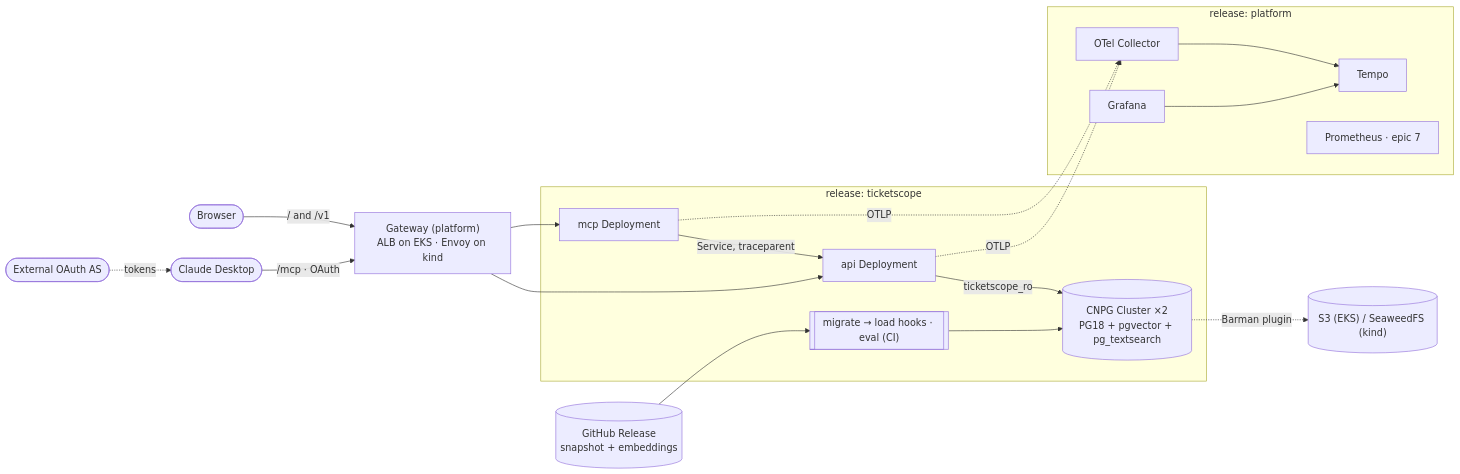
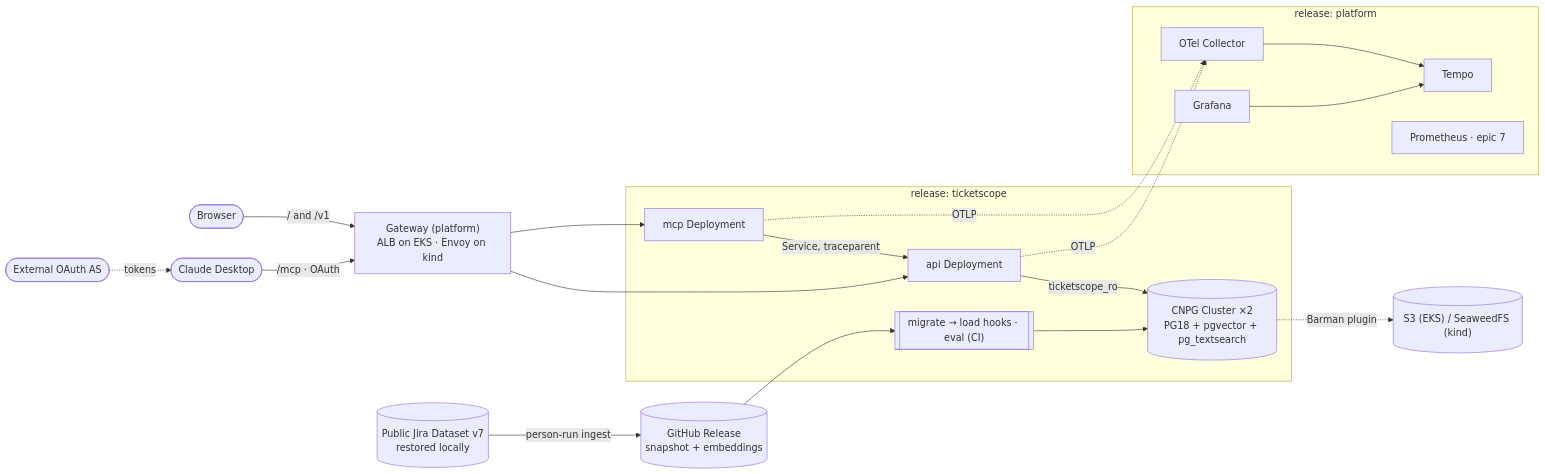
Before and after one commit to Dillon-Based/ticketscope: the third of 5 diagrams in _bmad-output/initiative-ticketscope/architecture-ticketscope/architecture-ticketscope.md, drawn with Mermaid. The commit also changed other lines of this file and 4 other files, not shown here.

````diff
--- a/_bmad-output/initiative-ticketscope/architecture-ticketscope/architecture-ticketscope.md
+++ b/_bmad-output/initiative-ticketscope/architecture-ticketscope/architecture-ticketscope.md
@@ -404,23 +434,24 @@
 ```mermaid
 flowchart LR
   user([Browser]) -->|"/ and /v1"| gw
   cd([Claude Desktop]) -->|"/mcp · OAuth"| gw
   oauth([External OAuth AS]) -.tokens.-> cd
   gw["Gateway (platform)<br/>ALB on EKS · Envoy on kind"] --> api & mcp
   subgraph rel_app[release: ticketscope]
     api[api Deployment]
     mcp[mcp Deployment] -->|"Service, traceparent"| api
     jobs[["migrate → load hooks · eval (CI)"]]
     pg[("CNPG Cluster ×2<br/>PG18 + pgvector + pg_textsearch")]
     api -->|ticketscope_ro| pg
     jobs --> pg
   end
   subgraph rel_plat[release: platform]
     otel[OTel Collector] --> tempo[Tempo]
     graf[Grafana] --> tempo
     prom["Prometheus · epic 7"]
   end
   api & mcp -.OTLP.-> otel
+  dump[("Public Jira Dataset v7<br/>restored locally")] -->|"person-run ingest"| rel
   rel[("GitHub Release<br/>snapshot + embeddings")] --> jobs
   pg -."Barman plugin".-> s3[("S3 (EKS) / SeaweedFS (kind)")]
 ```
````
